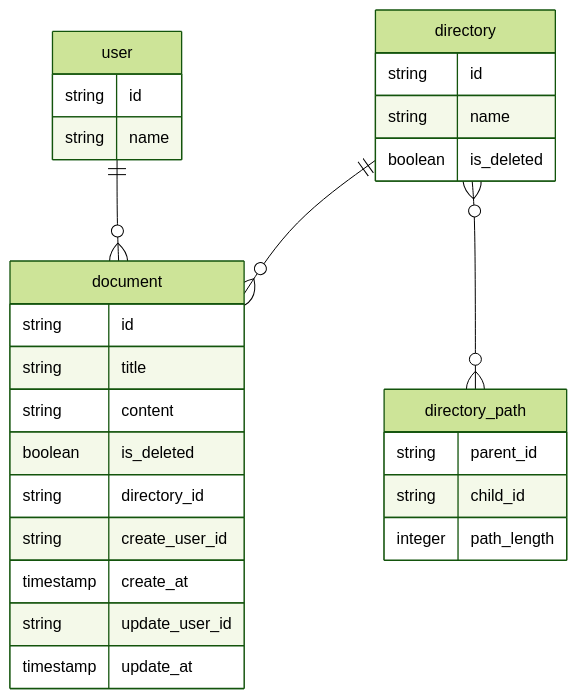
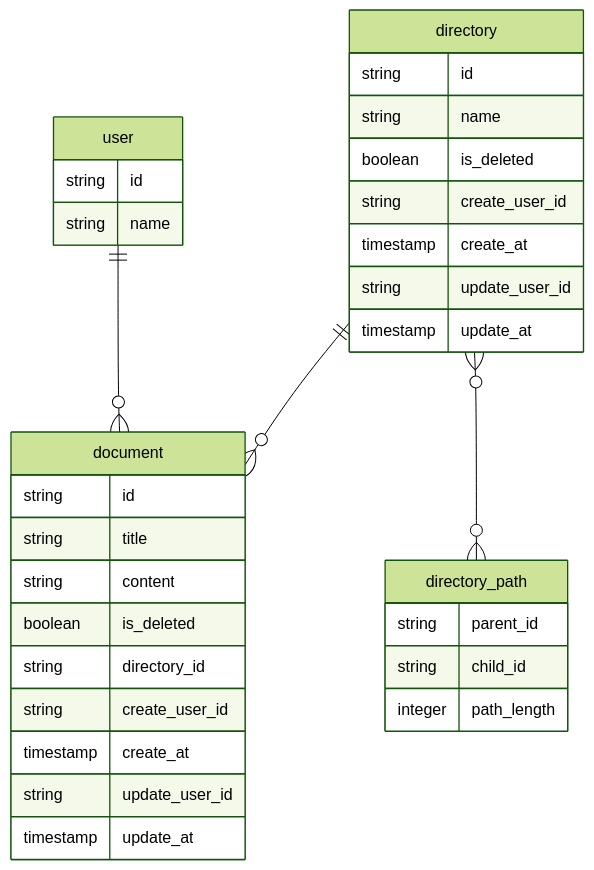
One commit to nyuusen/praha-challenge changed the diagram in db-modeling-3/README.md. Above: the diagram before and after it, drawn with Mermaid (forest theme).

Commit message:
documentにuser_idとtimestampを追加

````diff
--- a/db-modeling-3/README.md
+++ b/db-modeling-3/README.md
@@ -4,36 +4,40 @@
 ```mermaid
 erDiagram
 user ||--o{ document: ""
 directory ||--o{ document: ""
 directory }o--o{ directory_path: ""
 
 user {
   string id
   string name
 }
 
 document {
   string id
   string title
   string content
   boolean is_deleted
   string directory_id
   string create_user_id
   timestamp create_at
   string update_user_id
   timestamp update_at
 }
 
 directory {
   string id
   string name
   boolean is_deleted
+  string create_user_id
+  timestamp create_at
+  string update_user_id
+  timestamp update_at
 }
 
 directory_path {
   string parent_id
   string child_id
   integer path_length
 }
 
 ```
````
